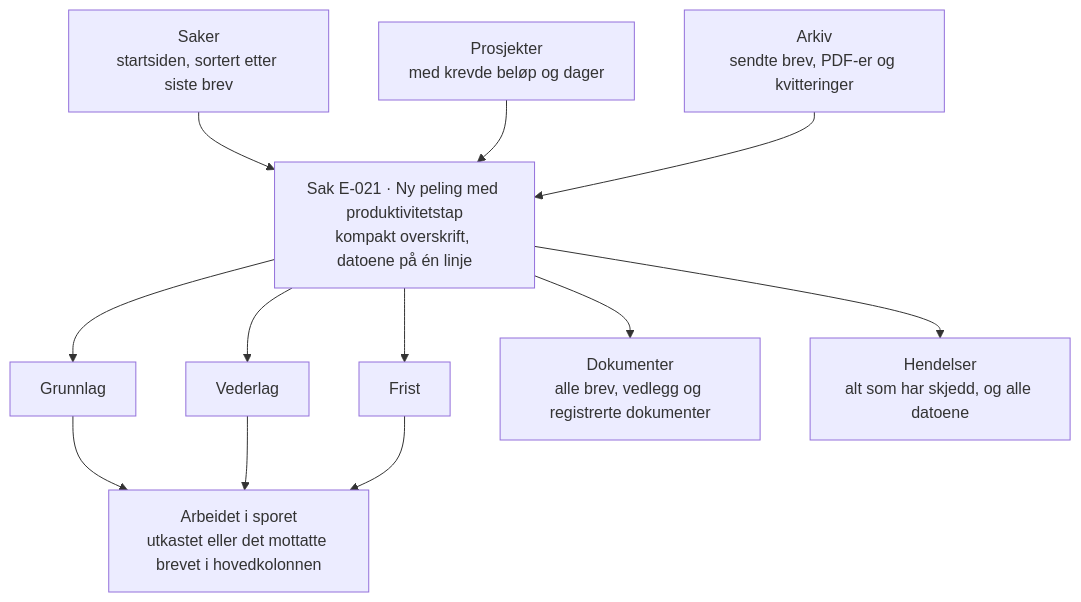
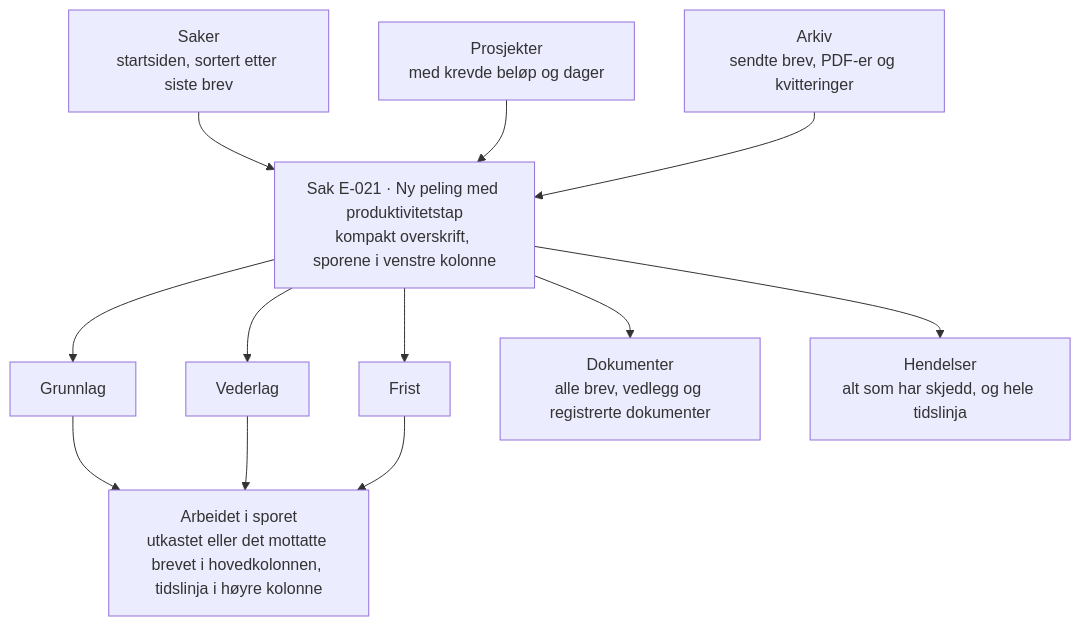
Before and after one commit to khjohns/endringsmeldinger: the diagram in docs/design/konsept-varden/README.md, drawn with Mermaid. The commit also changed other lines of this file and 14 other files, not shown here.

First line of the commit message:
sett sporene i venstre kolonne og tidslinja i høyre kolonne i Varden

````diff
--- a/docs/design/konsept-varden/README.md
+++ b/docs/design/konsept-varden/README.md
@@ -99,14 +99,14 @@
 ```mermaid
 flowchart TD
   saker["Saker<br>startsiden, sortert etter siste brev"] --> sak
   prosjekter["Prosjekter<br>med krevde beløp og dager"] --> sak
   arkiv["Arkiv<br>sendte brev, PDF-er og kvitteringer"] --> sak
-  sak["Sak E-021 · Ny peling med produktivitetstap<br>kompakt overskrift, datoene på én linje"] --> grunnlag["Grunnlag"]
+  sak["Sak E-021 · Ny peling med produktivitetstap<br>kompakt overskrift, sporene i venstre kolonne"] --> grunnlag["Grunnlag"]
   sak --> vederlag["Vederlag"]
   sak --> frist["Frist"]
   sak --> dokumenter["Dokumenter<br>alle brev, vedlegg og registrerte dokumenter"]
-  sak --> hendelser["Hendelser<br>alt som har skjedd, og alle datoene"]
-  grunnlag --> arbeid["Arbeidet i sporet<br>utkastet eller det mottatte brevet i hovedkolonnen"]
+  sak --> hendelser["Hendelser<br>alt som har skjedd, og hele tidslinja"]
+  grunnlag --> arbeid["Arbeidet i sporet<br>utkastet eller det mottatte brevet i hovedkolonnen, tidslinja i høyre kolonne"]
   vederlag --> arbeid
   frist --> arbeid
 ```
````
